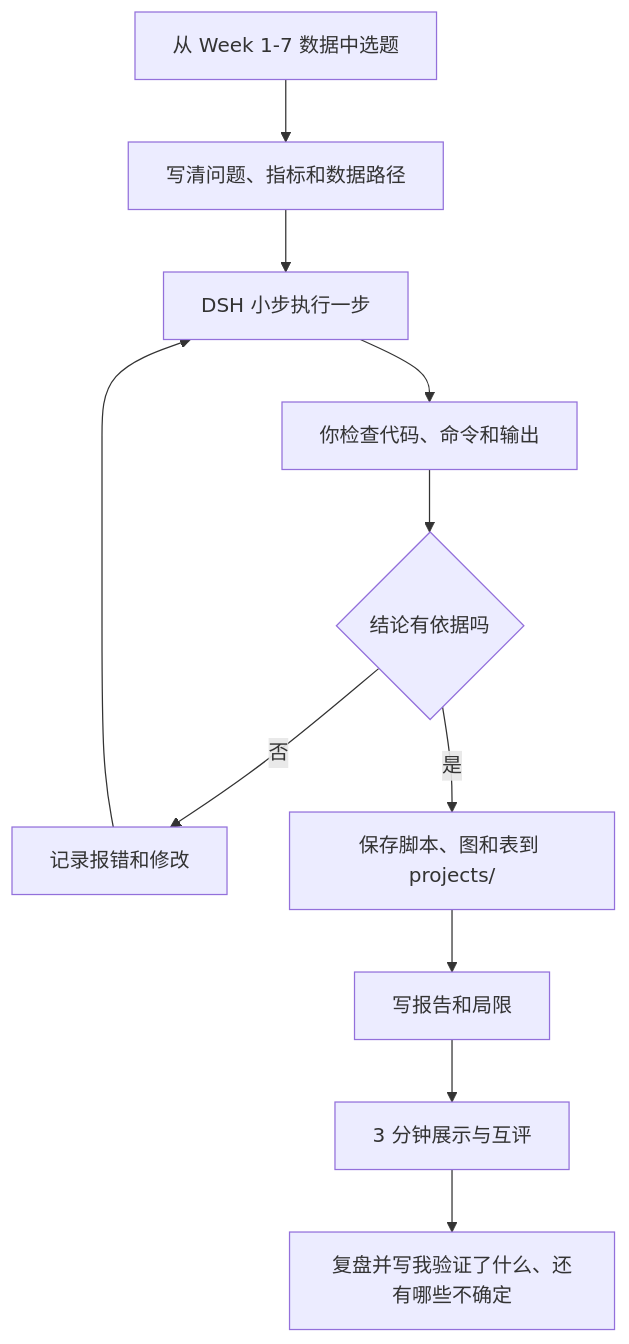
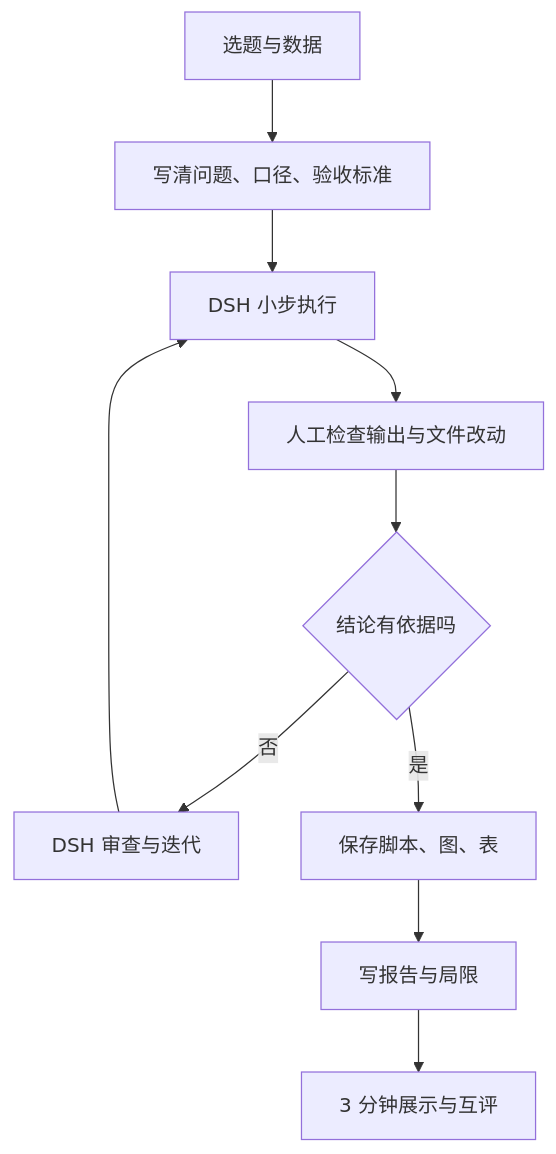
One commit to zhouxzh/python-data-analysis changed the diagram in 08-结课项目与展示.md. Above: the diagram before and after it, drawn with Mermaid. The commit also changed other lines of this file and 130 other files, not shown here.

````diff
--- a/08-结课项目与展示.md
+++ b/08-结课项目与展示.md
@@ -20,13 +29,12 @@
 ```mermaid
 flowchart TD
-    A[从 Week 1-7 数据中选题] --> B[写清问题、指标和数据路径]
-    B --> C[DSH 小步执行一步]
-    C --> D[你检查代码、命令和输出]
+    A[选题与数据] --> B[写清问题、口径、验收标准]
+    B --> C[DSH 小步执行]
+    C --> D[人工检查输出与文件改动]
     D --> E{结论有依据吗}
-    E -- "否" --> F[记录报错和修改]
+    E -- 否 --> F[DSH 审查与迭代]
     F --> C
-    E -- "是" --> G[保存脚本、图和表到 projects/]
-    G --> H[写报告和局限]
+    E -- 是 --> G[保存脚本、图、表]
+    G --> H[写报告与局限]
     H --> I[3 分钟展示与互评]
-    I --> J[复盘并写我验证了什么、还有哪些不确定]
 ```
````
